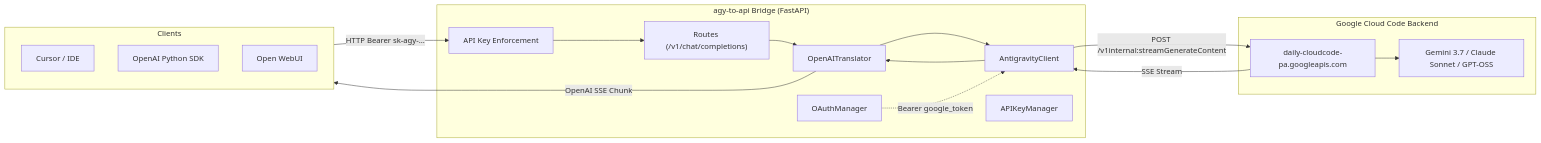
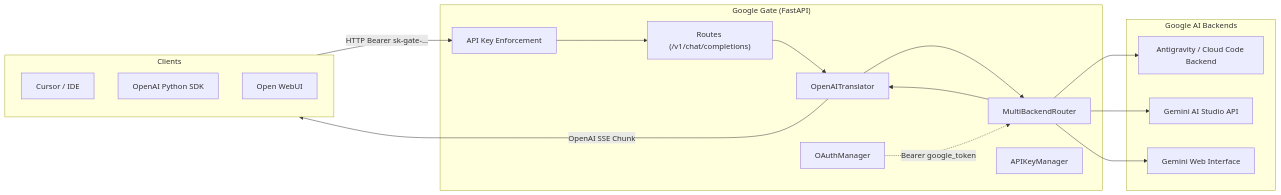
The diagram in AGENTS.md (luimu64/anti-antigravity), drawn with Mermaid before and after one commit. The commit also changed other lines of this file and 28 other files, not shown here.

Commit message:
task: Rebrand the entire project from "agy-to-api" / "Antigravity CLI (agy)" to "google gate" across all metadata, configuration, documentation, and codebase references so that the naming reflects multi-backend support rather than Antigravity-specific branding. (TASK_0015)

````diff
--- a/AGENTS.md
+++ b/AGENTS.md
@@ -13,33 +13,34 @@
 ```mermaid
 graph LR
     subgraph Clients
         Cursor[Cursor / IDE]
         SDK[OpenAI Python SDK]
         WebUI[Open WebUI]
     end
 
-    subgraph Bridge["agy-to-api Bridge (FastAPI)"]
+    subgraph Gateway["Google Gate (FastAPI)"]
         AuthMid[API Key Enforcement]
         Routes["Routes (/v1/chat/completions)"]
         Trans[OpenAITranslator]
-        Client[AntigravityClient]
+        Router[MultiBackendRouter]
         AuthMgr[OAuthManager]
         KeyMgr[APIKeyManager]
     end
 
-    subgraph Upstream["Google Cloud Code Backend"]
-        GooglePa["daily-cloudcode-pa.googleapis.com"]
-        Models["Gemini 3.7 / Claude Sonnet / GPT-OSS"]
+    subgraph Backends["Google AI Backends"]
+        Antigravity["Antigravity / Cloud Code Backend"]
+        GeminiApi["Gemini AI Studio API"]
+        GeminiWeb["Gemini Web Interface"]
     end
 
-    Clients -->|HTTP Bearer sk-agy-...| AuthMid
+    Clients -->|HTTP Bearer sk-gate-...| AuthMid
     AuthMid --> Routes
     Routes --> Trans
-    Trans --> Client
-    AuthMgr -.->|Bearer google_token| Client
-    Client -->|POST /v1internal:streamGenerateContent| GooglePa
-    GooglePa --> Models
-    GooglePa -->|SSE Stream| Client
-    Client --> Trans
+    Trans --> Router
+    AuthMgr -.->|Bearer google_token| Router
+    Router --> Antigravity
+    Router --> GeminiApi
+    Router --> GeminiWeb
+    Router --> Trans
     Trans -->|OpenAI SSE Chunk| Clients
 ```
````
